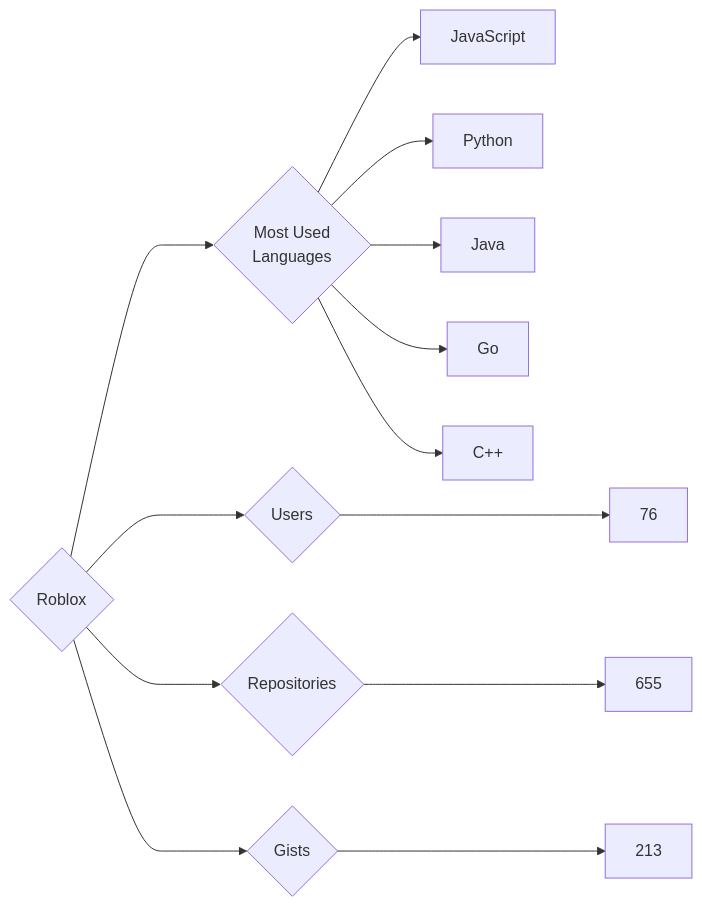
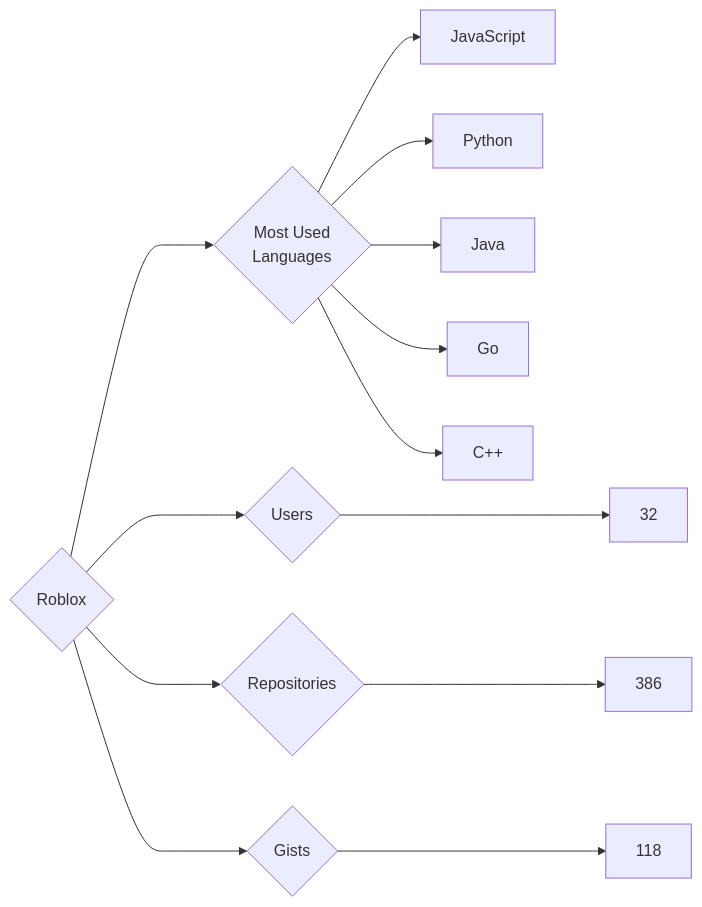
Before and after one commit to trickest/insiders: the diagram in targets/Roblox/README.md, drawn with Mermaid. The commit also changed 835 other files, not shown here.

````diff
--- a/targets/Roblox/README.md
+++ b/targets/Roblox/README.md
@@ -3,13 +3,13 @@
 ```mermaid
 graph LR
 COMPANY_NAME{Roblox}
-COMPANY_NAME ---> U{Users} ---> UN[76]
-COMPANY_NAME ---> R{Repositories} ---> RN[655]
-COMPANY_NAME ---> G{Gists} ---> GN[213]
+COMPANY_NAME ---> U{Users} ---> UN[32]
+COMPANY_NAME ---> R{Repositories} ---> RN[386]
+COMPANY_NAME ---> G{Gists} ---> GN[118]
 COMPANY_NAME ---> ML{Most Used<br>Languages}
 ML --> JavaScript[JavaScript]
 ML --> Python[Python]
 ML --> Java[Java]
 ML --> Go[Go]
 ML --> C++[C++]
 ```
````
